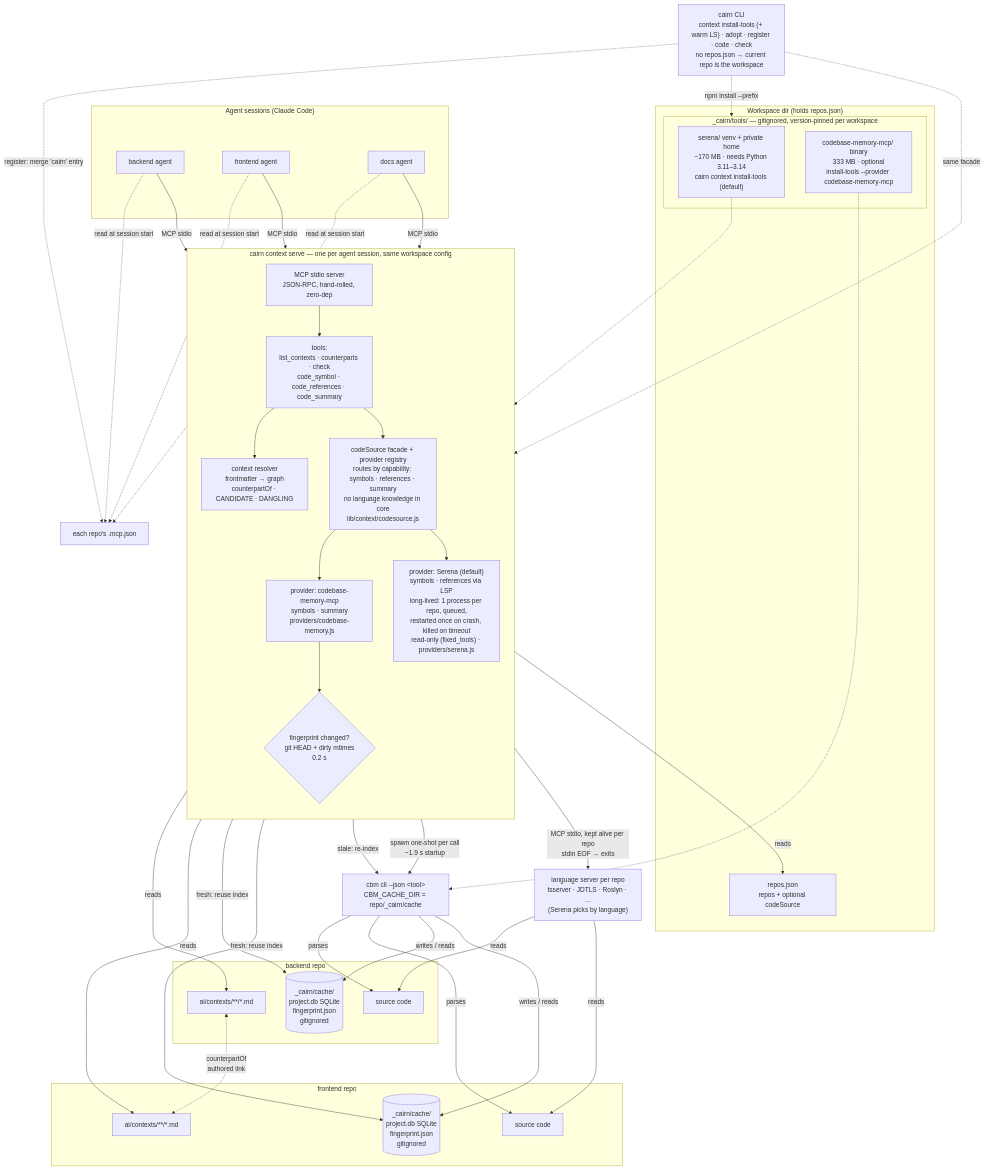
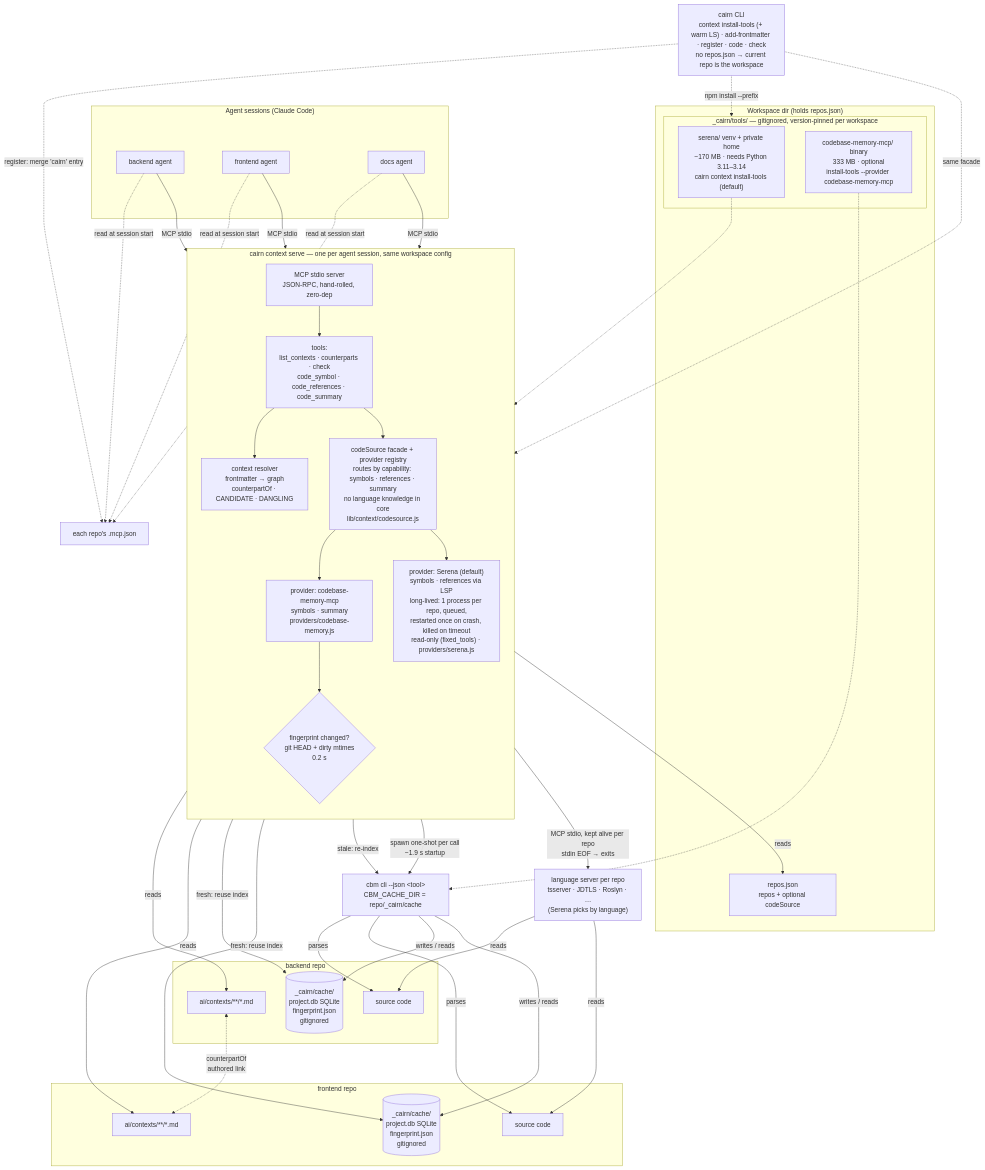
Before and after one commit to StonePandaStudio/cairn: the diagram in infrastructure.mmd, drawn with Mermaid. The commit also changed 18 other files, not shown here.

First line of the commit message:
context: rename `adopt` to `add-frontmatter`, keep `adopt` as a silent alias

```diff
--- a/infrastructure.mmd
+++ b/infrastructure.mmd
@@ -1,64 +1,64 @@
 flowchart TB
     subgraph Agents["Agent sessions (Claude Code)"]
         A1["backend agent"]
         A2["frontend agent"]
         A3["docs agent"]
     end
 
     subgraph Serve["cairn context serve — one per agent session, same workspace config"]
         direction TB
         MCP["MCP stdio server<br/>JSON-RPC, hand-rolled, zero-dep"]
         TOOLS["tools:<br/>list_contexts · counterparts · check<br/>code_symbol · code_references · code_summary"]
         RES["context resolver<br/>frontmatter → graph<br/>counterpartOf · CANDIDATE · DANGLING"]
         CS["codeSource facade + provider registry<br/>routes by capability: symbols · references · summary<br/>no language knowledge in core<br/>lib/context/codesource.js"]
         PROV["provider: codebase-memory-mcp<br/>symbols · summary<br/>providers/codebase-memory.js"]
         SER["provider: Serena (default)<br/>symbols · references via LSP<br/>long-lived: 1 process per repo, queued,<br/>restarted once on crash, killed on timeout<br/>read-only (fixed_tools) · providers/serena.js"]
         GATE{"fingerprint changed?<br/>git HEAD + dirty mtimes<br/>0.2 s"}
         MCP --> TOOLS
         TOOLS --> RES
         TOOLS --> CS
         CS --> PROV
         CS --> SER
         PROV --> GATE
     end
 
     subgraph WS["Workspace dir (holds repos.json)"]
         CFG["repos.json<br/>repos + optional codeSource"]
         subgraph TOOLDIR["_cairn/tools/ — gitignored, version-pinned per workspace"]
             SBIN["serena/ venv + private home<br/>~170 MB · needs Python 3.11–3.14<br/>cairn context install-tools (default)"]
             BIN["codebase-memory-mcp/ binary<br/>333 MB · optional<br/>install-tools --provider codebase-memory-mcp"]
         end
     end
 
     subgraph R1["backend repo"]
         D1["ai/contexts/**/*.md"]
         S1["source code"]
         C1[("_cairn/cache/<br/>project.db SQLite<br/>fingerprint.json<br/>gitignored")]
     end
 
     subgraph R2["frontend repo"]
         D2["ai/contexts/**/*.md"]
         S2["source code"]
         C2[("_cairn/cache/<br/>project.db SQLite<br/>fingerprint.json<br/>gitignored")]
     end
 
     A1 & A2 & A3 -- "MCP stdio" --> MCP
 
     RES -- "reads" --> CFG
     RES -- "reads" --> D1 & D2
     D1 <-. "counterpartOf<br/>authored link" .-> D2
 
     GATE -- "fresh: reuse index" --> C1 & C2
     GATE -- "stale: re-index" --> ONE
     PROV -- "spawn one-shot per call<br/>~1.9 s startup" --> ONE["cbm cli --json &lt;tool&gt;<br/>CBM_CACHE_DIR = repo/_cairn/cache"]
     BIN -.-> ONE
     SBIN -.-> SER
     SER -- "MCP stdio, kept alive per repo<br/>stdin EOF → exits" --> LS["language server per repo<br/>tsserver · JDTLS · Roslyn · …<br/>(Serena picks by language)"]
     LS -- "reads" --> S1 & S2
     ONE -- "parses" --> S1 & S2
     ONE -- "writes / reads" --> C1 & C2
 
-    CLI["cairn CLI<br/>context install-tools (+ warm LS) · adopt · register · code · check<br/>no repos.json → current repo is the workspace"] -. "same facade" .-> CS
+    CLI["cairn CLI<br/>context install-tools (+ warm LS) · add-frontmatter · register · code · check<br/>no repos.json → current repo is the workspace"] -. "same facade" .-> CS
     CLI -. "npm install --prefix" .-> TOOLDIR
     CLI -. "register: merge 'cairn' entry" .-> MCPJ["each repo's .mcp.json"]
     A1 & A2 & A3 -. "read at session start" .-> MCPJ
```
